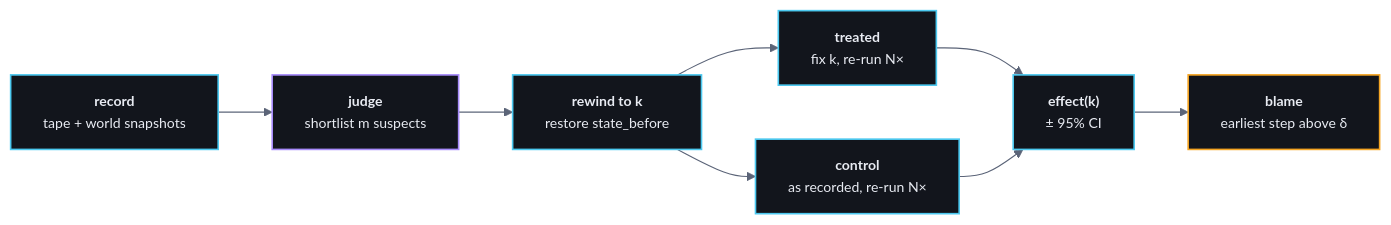
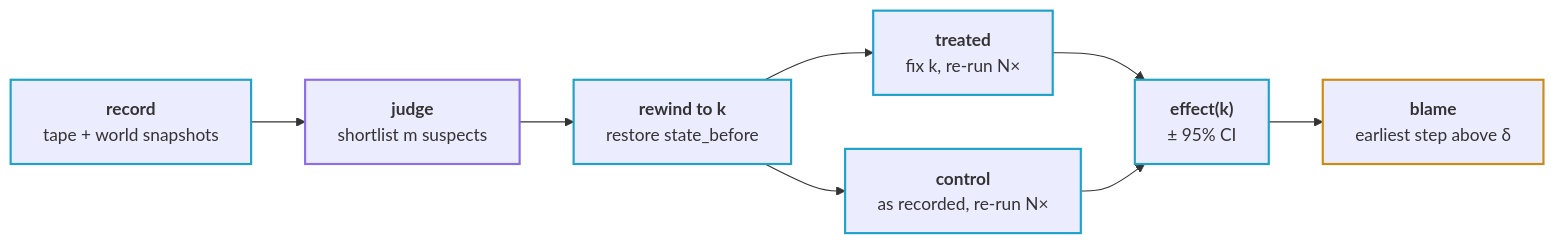
One commit to kidus-der/agent-bisect changed the diagram in README.md. Above: the diagram before and after it, drawn with Mermaid. The commit also changed other lines of this file, not shown here.

Commit message:
docs: fix the mermaid contrast and lead with the simulated-data note
The custom mermaid theme rendered near-black nodes on GitHub's dark
background. Dropping it lets GitHub's own theme adapt to light and dark;
only the role strokes stay, at values that read on both. The note that
the dashboard captures run on fixture data now comes before the
screenshots rather than after them.

Claude-Session: https://claude.ai/code/session_01XrNUztNB6TRzTfbhvKsvG5

````diff
--- a/README.md
+++ b/README.md
@@ -46,18 +46,17 @@
 ```mermaid
-%%{init: {"theme":"base","themeVariables":{"background":"transparent","primaryColor":"#12151C","primaryTextColor":"#E8EBF2","primaryBorderColor":"#242A37","lineColor":"#5B6478","fontFamily":"ui-monospace, SFMono-Regular, monospace","fontSize":"13px"}}}%%
 flowchart LR
   R["<b>record</b><br/>tape + world snapshots"] --> J["<b>judge</b><br/>shortlist m suspects"]
   J --> W["<b>rewind to k</b><br/>restore state_before"]
   W --> T["<b>treated</b><br/>fix k, re-run N×"]
   W --> C["<b>control</b><br/>as recorded, re-run N×"]
   T --> E["<b>effect(k)</b><br/>± 95% CI"]
   C --> E
   E --> B["<b>blame</b><br/>earliest step above δ"]
 
-  classDef m stroke:#4CC9F0,stroke-width:1.5px
-  classDef j stroke:#A78BFA,stroke-width:1.5px
-  classDef b stroke:#F5A524,stroke-width:1.5px
+  classDef m stroke:#1FA2C8,stroke-width:2px
+  classDef j stroke:#8B6EE8,stroke-width:2px
+  classDef b stroke:#D08A12,stroke-width:2px
   class R,W,T,C,E m
   class J j
   class B b
 ```
````
